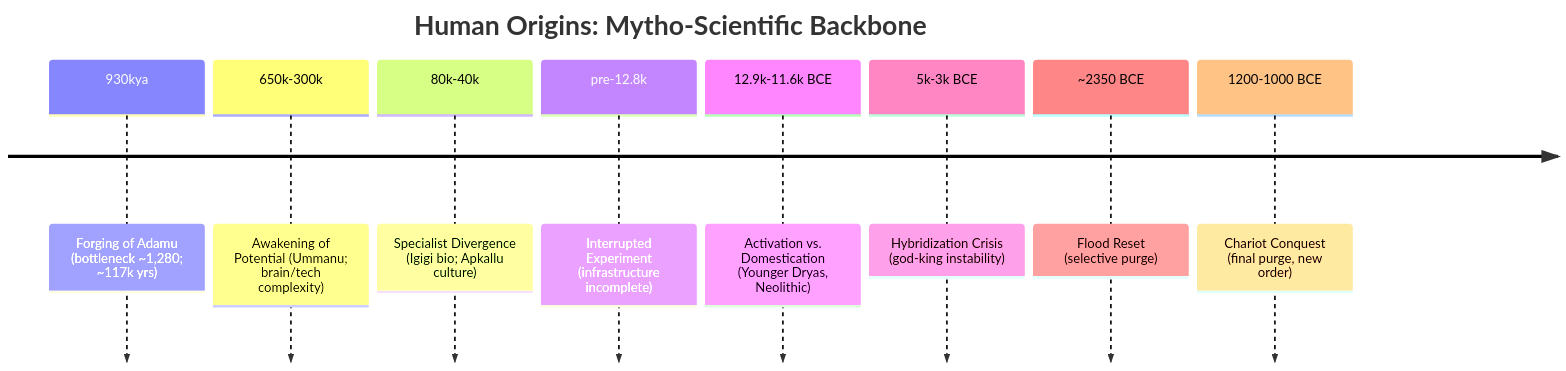
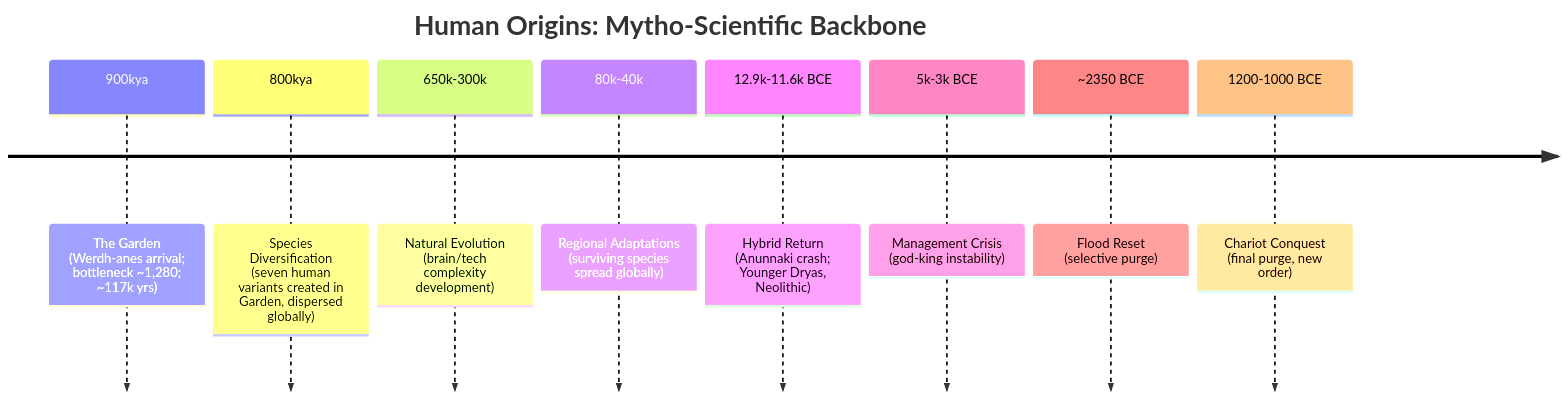
The diagram in src/90_appendix/06_mytho_scientific_chronology.md (DoctorKhan/The-Human-Experiment-Book), drawn with Mermaid before and after one commit. The commit also changed other lines of this file and 4 other files, not shown here.

First line of the commit message:
Refactor mytho-scientific chronology and timeline for clarity and consistency

````diff
--- a/src/90_appendix/06_mytho_scientific_chronology.md
+++ b/src/90_appendix/06_mytho_scientific_chronology.md
@@ -8,12 +8,12 @@
 ```mermaid
 timeline
     title Human Origins: Mytho-Scientific Backbone
-    930kya : Forging of Adamu (bottleneck ~1,280; ~117k yrs)
-    650k-300k : Awakening of Potential (Ummanu; brain/tech complexity)
-    80k-40k : Specialist Divergence (Igigi bio; Apkallu culture)
-    pre-12.8k : Interrupted Experiment (infrastructure incomplete)
-    12.9k-11.6k BCE : Activation vs. Domestication (Younger Dryas, Neolithic)
-    5k-3k BCE : Hybridization Crisis (god-king instability)
+    900kya : The Garden (Werdh-anes arrival; bottleneck ~1,280; ~117k yrs)
+    800kya : Species Diversification (seven human variants created in Garden, dispersed globally)
+    650k-300k : Natural Evolution (brain/tech complexity development)
+    80k-40k : Regional Adaptations (surviving species spread globally)
+    12.9k-11.6k BCE : Hybrid Return (Anunnaki crash; Younger Dryas, Neolithic)
+    5k-3k BCE : Management Crisis (god-king instability)
     ~2350 BCE : Flood Reset (selective purge)
     1200-1000 BCE : Chariot Conquest (final purge, new order)
 ```
````
